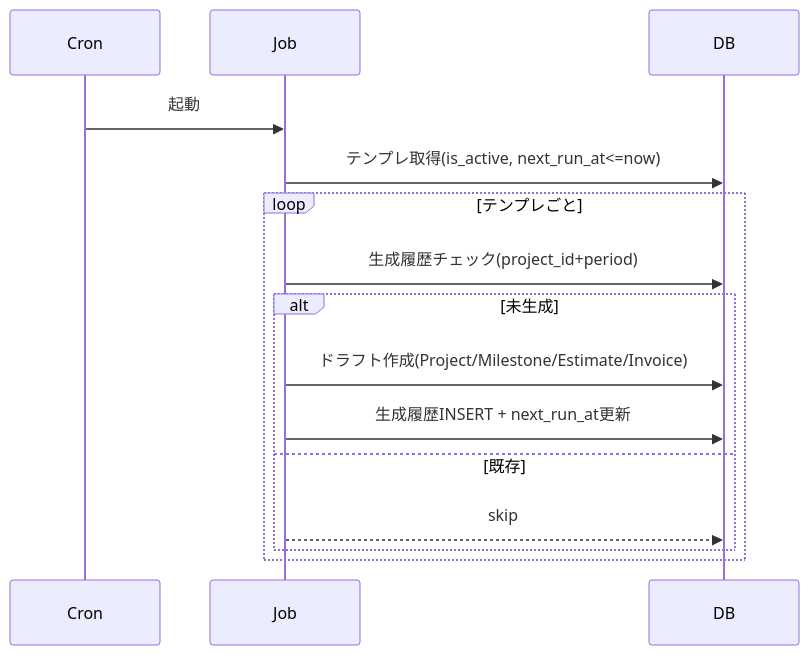
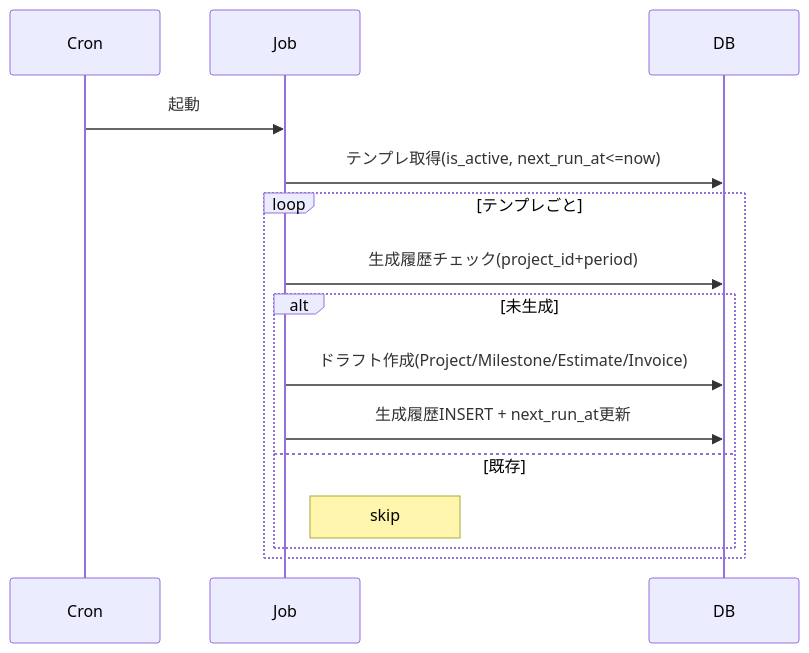
One commit to itdojp/ITDO_ERP4 changed the diagram in docs/requirements/batch-jobs.md. Above: the diagram before and after it, drawn with Mermaid. The commit also changed other lines of this file, not shown here.

````diff
--- a/docs/requirements/batch-jobs.md
+++ b/docs/requirements/batch-jobs.md
@@ -42,17 +42,17 @@
 ```mermaid
 sequenceDiagram
   participant Cron
   participant Job
   participant DB
   Cron->>Job: 起動
   Job->>DB: テンプレ取得(is_active, next_run_at<=now)
   loop テンプレごと
     Job->>DB: 生成履歴チェック(project_id+period)
     alt 未生成
       Job->>DB: ドラフト作成(Project/Milestone/Estimate/Invoice)
       Job->>DB: 生成履歴INSERT + next_run_at更新
     else 既存
-      Job-->>DB: skip
+      Note right of Job: skip
     end
   end
 ```
````
